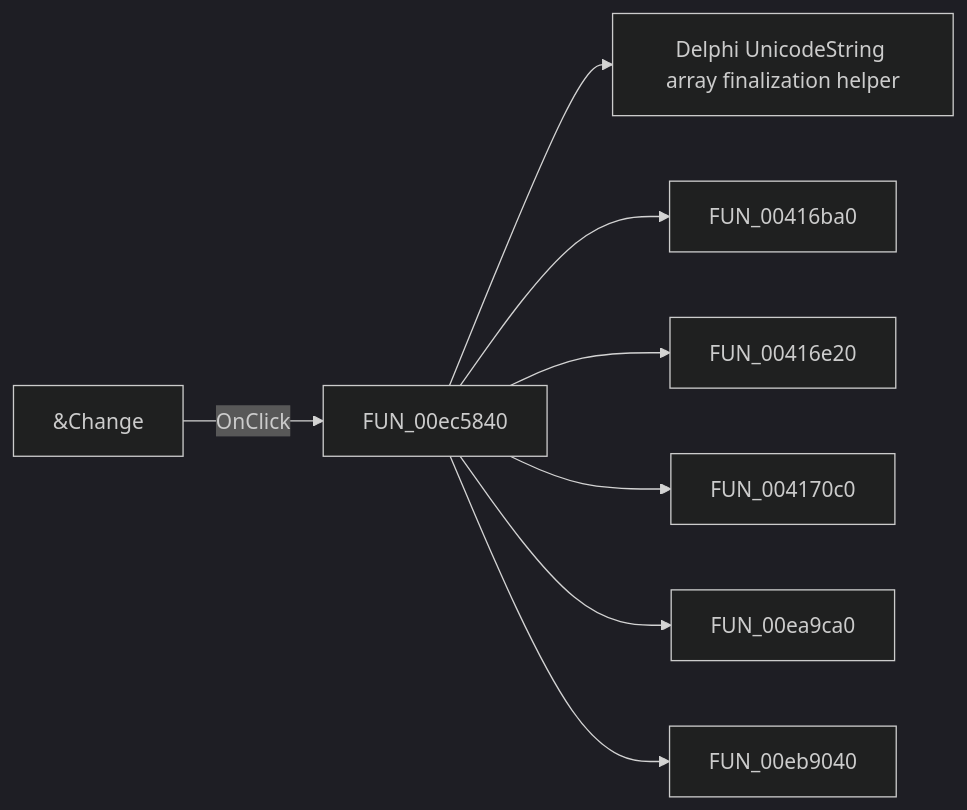
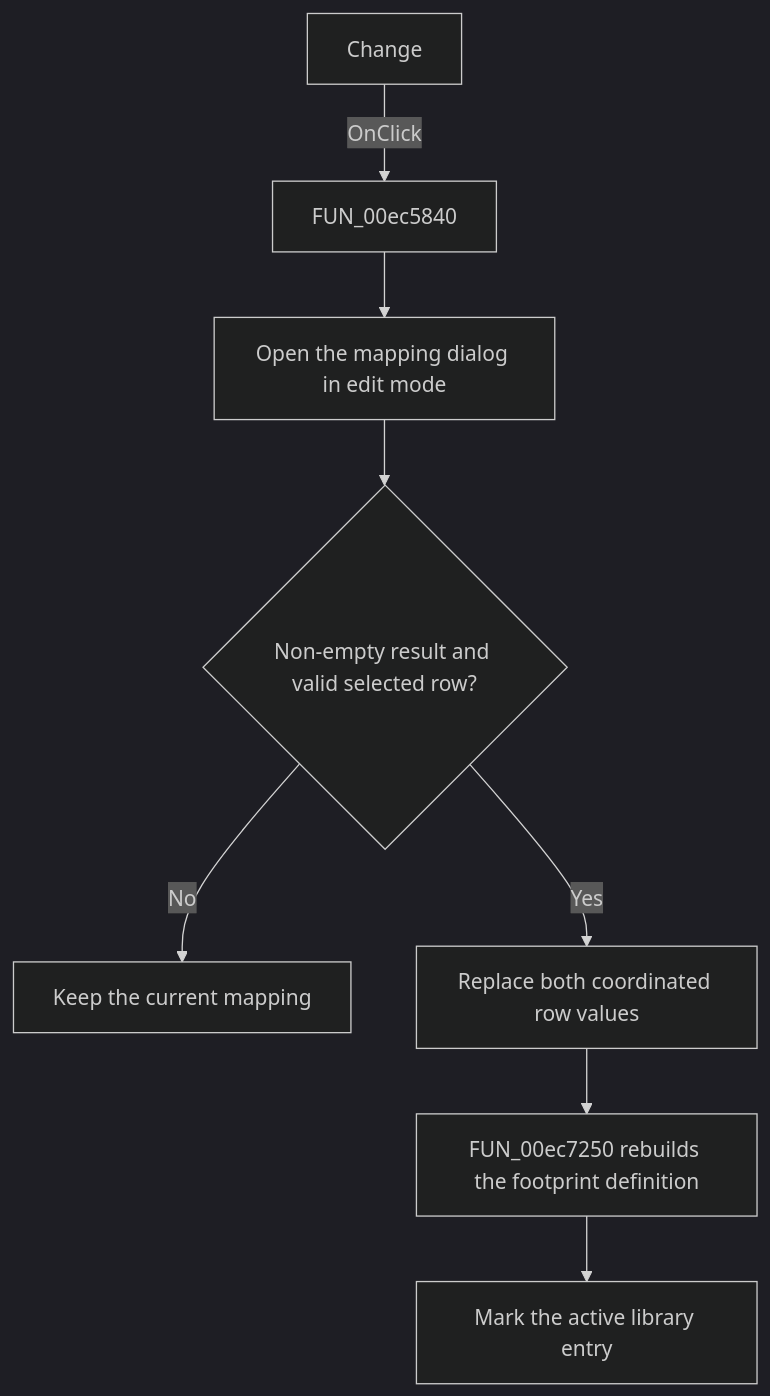
Before and after one commit to MovGP0/TIARA: the diagram in docs/ui-controls/pcbform4/btnedit-a0193364eb.md, drawn with Mermaid (dark theme). The commit also changed other lines of this file and 1062 other files, not shown here.

````diff
--- a/docs/ui-controls/pcbform4/btnedit-a0193364eb.md
+++ b/docs/ui-controls/pcbform4/btnedit-a0193364eb.md
@@ -27,10 +31,10 @@
 ```mermaid
-flowchart LR
-    control["&Change"] -->|OnClick| handler["FUN_00ec5840"]
-    handler --> call1["Delphi UnicodeString array finalization helper"]
-    handler --> call2["FUN_00416ba0"]
-    handler --> call3["FUN_00416e20"]
-    handler --> call4["FUN_004170c0"]
-    handler --> call5["FUN_00ea9ca0"]
-    handler --> call6["FUN_00eb9040"]
+flowchart TD
+    control["Change"] -->|OnClick| handler["FUN_00ec5840"]
+    handler --> dialog["Open the mapping dialog in edit mode"]
+    dialog --> valid{"Non-empty result and valid selected row?"}
+    valid -->|No| noChange["Keep the current mapping"]
+    valid -->|Yes| replace["Replace both coordinated row values"]
+    replace --> rebuild["FUN_00ec7250 rebuilds the footprint definition"]
+    rebuild --> mark["Mark the active library entry"]
 ```
````
